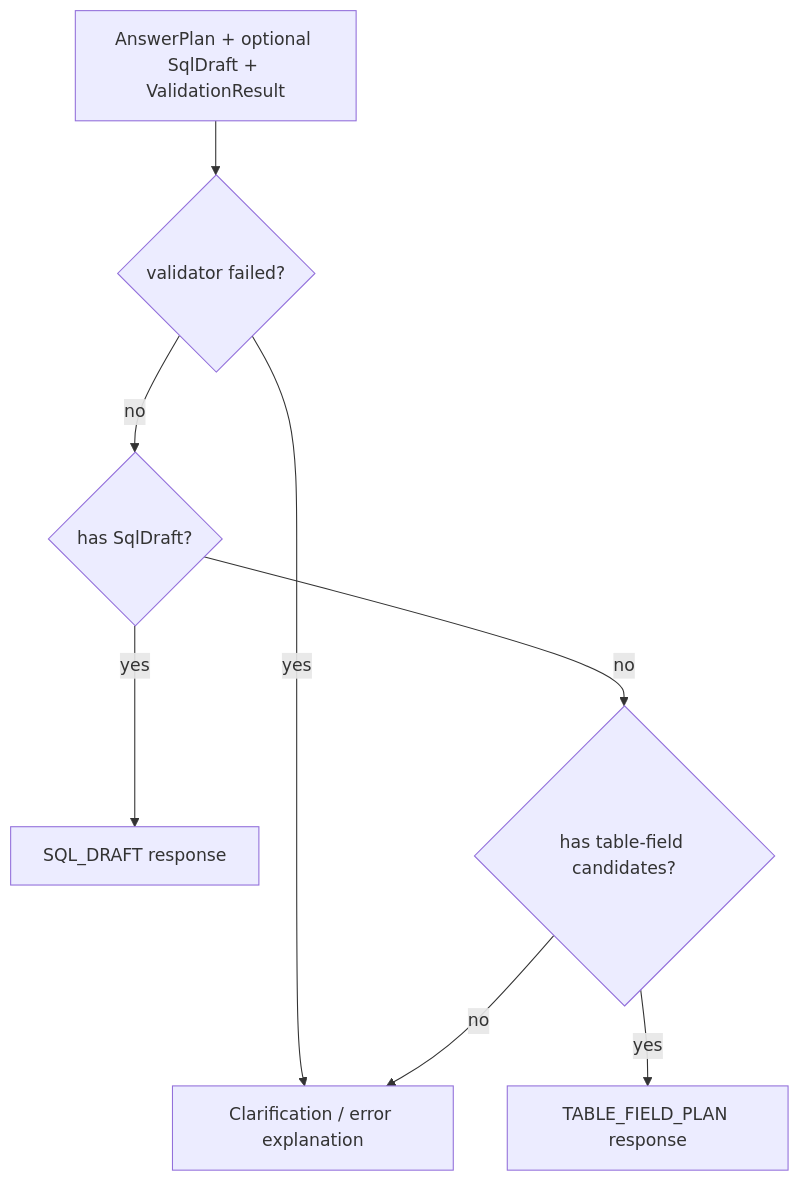
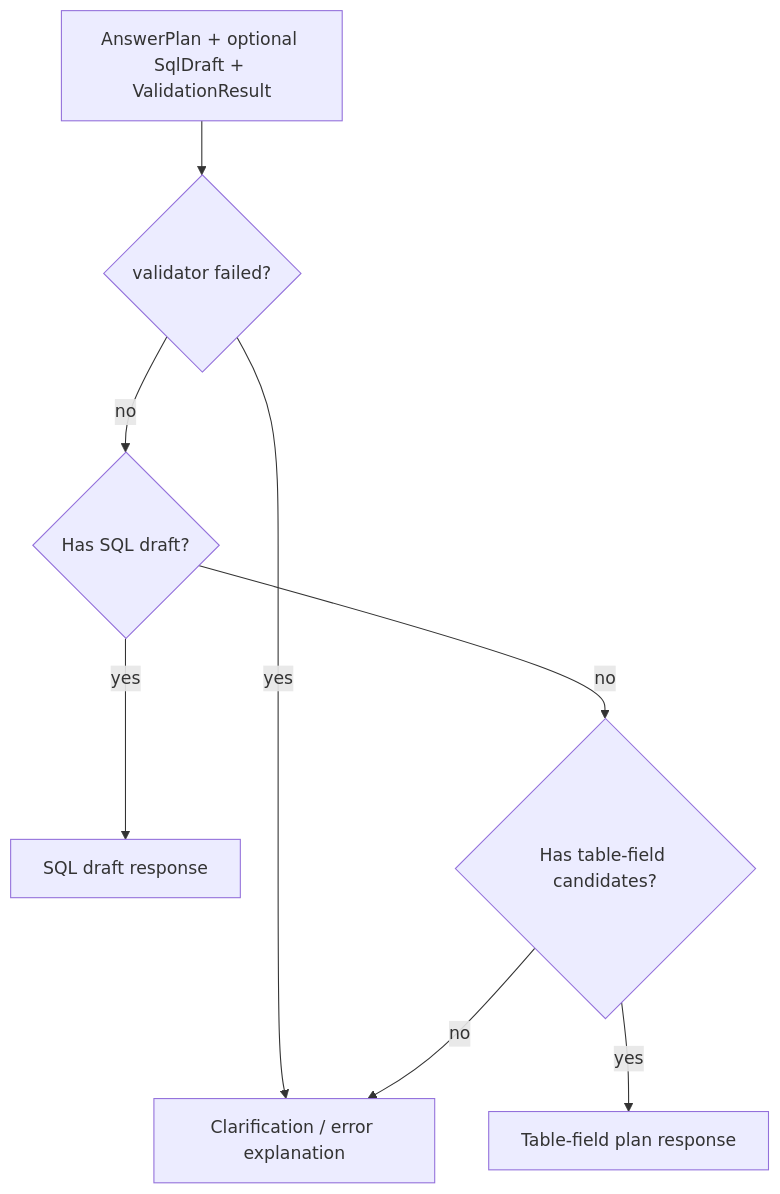
Before and after one commit to xiaoguang/relation-detector: the second of 2 diagrams in docs/design/semantic-layer/12-answer-composer.md, drawn with Mermaid. The commit also changed other lines of this file and 14 other files, not shown here.

````diff
--- a/docs/design/semantic-layer/12-answer-composer.md
+++ b/docs/design/semantic-layer/12-answer-composer.md
@@ -39,10 +58,10 @@
 ```mermaid
 flowchart TD
   A["AnswerPlan + optional SqlDraft + ValidationResult"] --> B{"validator failed?"}
   B -- "yes" --> C["Clarification / error explanation"]
-  B -- "no" --> D{"has SqlDraft?"}
-  D -- "yes" --> E["SQL_DRAFT response"]
-  D -- "no" --> F{"has table-field candidates?"}
-  F -- "yes" --> G["TABLE_FIELD_PLAN response"]
+  B -- "no" --> D{"Has SQL draft?"}
+  D -- "yes" --> E["SQL draft response"]
+  D -- "no" --> F{"Has table-field candidates?"}
+  F -- "yes" --> G["Table-field plan response"]
   F -- "no" --> C
 ```
````
